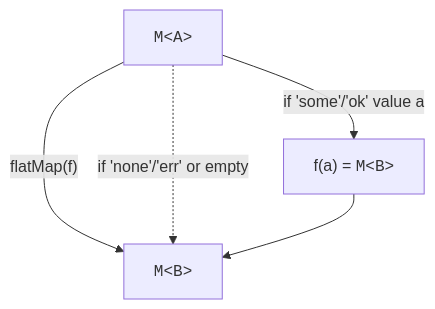
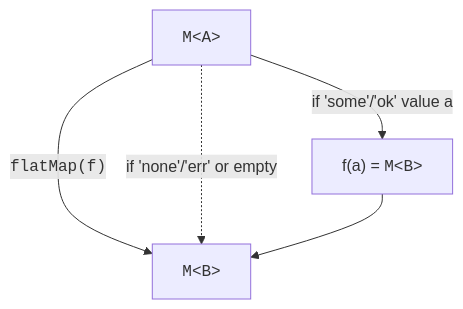
Before and after one commit to dataslope/dataslope: the diagram in content/courses/functional-programming-typescript/option-and-result.mdx, drawn with Mermaid. The commit also changed 65 other files, not shown here.

First line of the commit message:
Set code in every mermaid label in the mono face

````diff
--- a/content/courses/functional-programming-typescript/option-and-result.mdx
+++ b/content/courses/functional-programming-typescript/option-and-result.mdx
@@ -312,6 +312,6 @@
 ```mermaid
 flowchart TD
-    A["<code>M&lt;A&gt;</code>"] -- "flatMap(f)" --> B["<code>M&lt;B&gt;</code>"]
+    A["<code>M&lt;A&gt;</code>"] -- "<code>flatMap(f)</code>" --> B["<code>M&lt;B&gt;</code>"]
     A -.->|"if 'none'/'err' or empty"| B
     A -->|"if 'some'/'ok' value a"| C["f(a) = <code>M&lt;B&gt;</code>"] --> B
 ```
````
